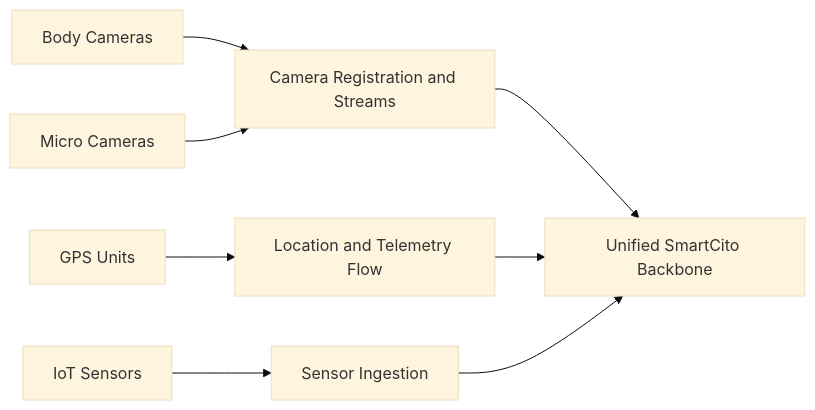
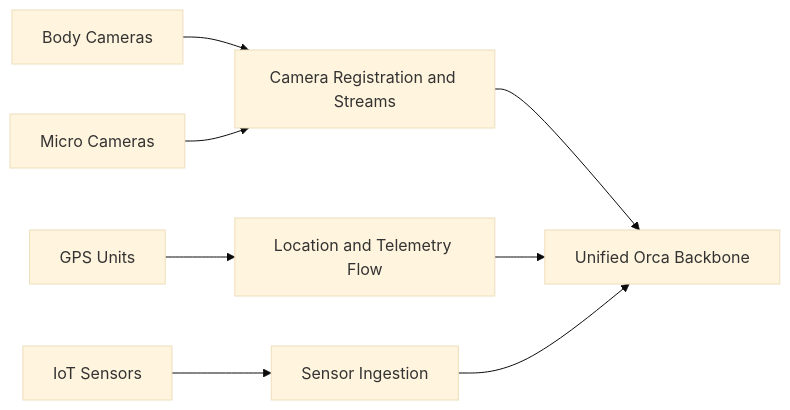
The diagram in docs/wiki/CITY_DEVICES_AND_SYSTEMS.md (atonixdev/smartcito), drawn with Mermaid (base theme) before and after one commit. The commit also changed other lines of this file and 433 other files, not shown here.

````diff
--- a/docs/wiki/CITY_DEVICES_AND_SYSTEMS.md
+++ b/docs/wiki/CITY_DEVICES_AND_SYSTEMS.md
@@ -42,10 +42,10 @@
 ```mermaid
 flowchart LR
     A[Body Cameras] --> E[Camera Registration and Streams]
     B[Micro Cameras] --> E
     C[GPS Units] --> F[Location and Telemetry Flow]
     D[IoT Sensors] --> G[Sensor Ingestion]
-    E --> H[Unified SmartCito Backbone]
+    E --> H[Unified Orca Backbone]
     F --> H
     G --> H
 ```
````
